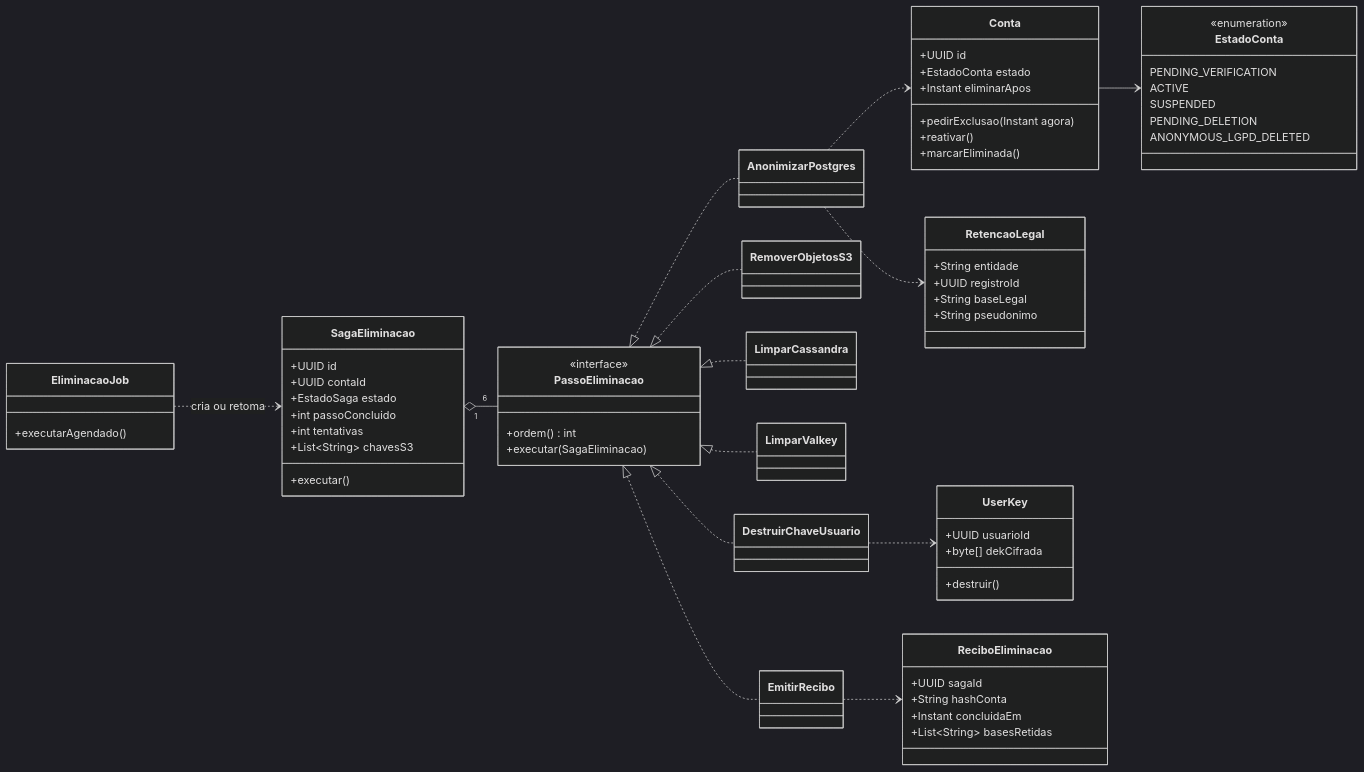
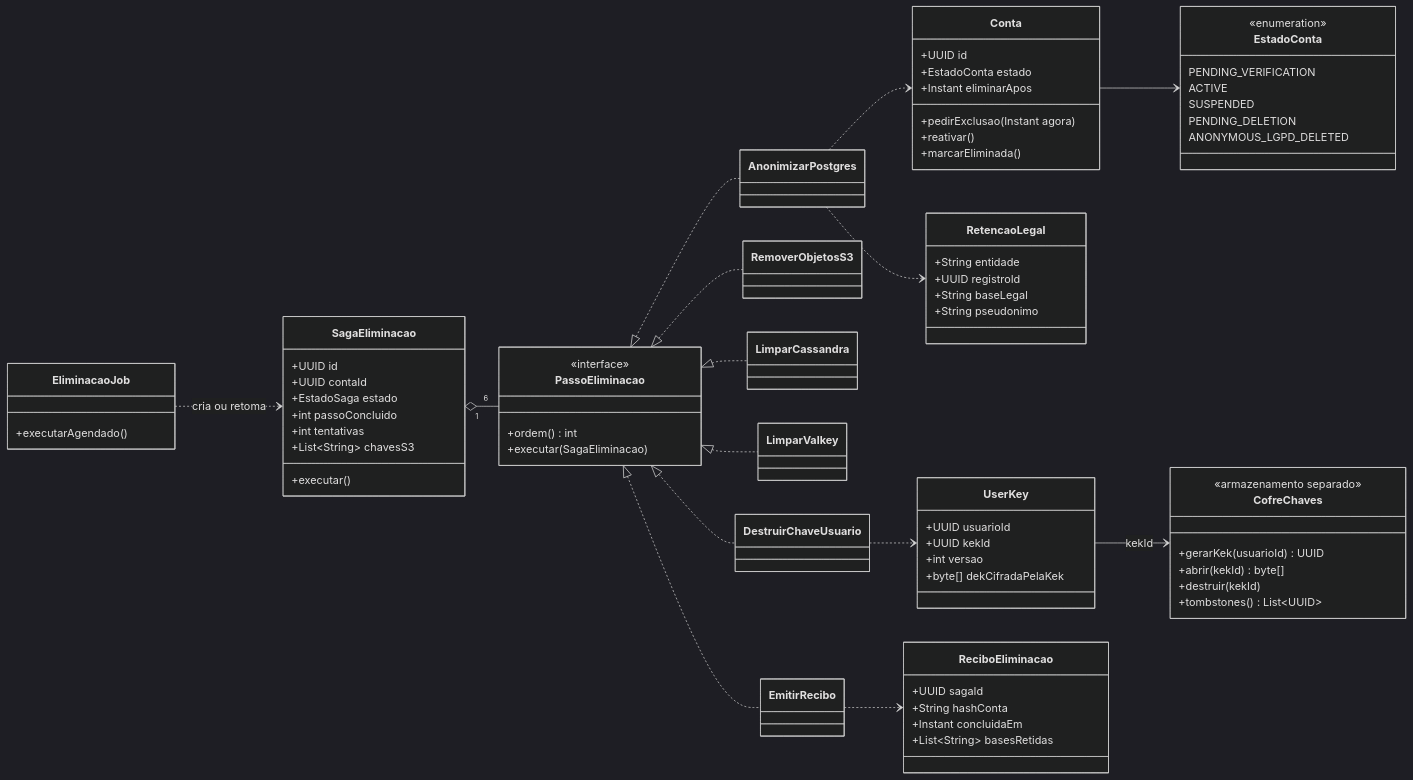
Before and after one commit to MatheusHaliski/CivilConstructorAI: the third of 6 diagrams in docs/rf/RF26-exclusao-conta-carencia.md, drawn with Mermaid (dark theme). The commit also changed other lines of this file and 5 other files, not shown here.

````diff
--- a/docs/rf/RF26-exclusao-conta-carencia.md
+++ b/docs/rf/RF26-exclusao-conta-carencia.md
@@ -185,73 +194,82 @@
 ```mermaid
 classDiagram
   direction LR
   class Conta {
     +UUID id
     +EstadoConta estado
     +Instant eliminarApos
     +pedirExclusao(Instant agora)
     +reativar()
     +marcarEliminada()
   }
   class EstadoConta {
     <<enumeration>>
     PENDING_VERIFICATION
     ACTIVE
     SUSPENDED
     PENDING_DELETION
     ANONYMOUS_LGPD_DELETED
   }
   class SagaEliminacao {
     +UUID id
     +UUID contaId
     +EstadoSaga estado
     +int passoConcluido
     +int tentativas
     +List~String~ chavesS3
     +executar()
   }
   class PassoEliminacao {
     <<interface>>
     +ordem() int
     +executar(SagaEliminacao)
   }
   class AnonimizarPostgres
   class RemoverObjetosS3
   class LimparCassandra
   class LimparValkey
   class DestruirChaveUsuario
   class EmitirRecibo
   class UserKey {
     +UUID usuarioId
-    +byte[] dekCifrada
-    +destruir()
+    +UUID kekId
+    +int versao
+    +byte[] dekCifradaPelaKek
   }
+  class CofreChaves {
+    <<armazenamento separado>>
+    +gerarKek(usuarioId) UUID
+    +abrir(kekId) byte[]
+    +destruir(kekId)
+    +tombstones() List~UUID~
+  }
+  UserKey --> CofreChaves : kekId
   class RetencaoLegal {
     +String entidade
     +UUID registroId
     +String baseLegal
     +String pseudonimo
   }
   class ReciboEliminacao {
     +UUID sagaId
     +String hashConta
     +Instant concluidaEm
     +List~String~ basesRetidas
   }
   class EliminacaoJob {
     +executarAgendado()
   }
   Conta --> EstadoConta
   EliminacaoJob ..> SagaEliminacao : cria ou retoma
   SagaEliminacao "1" o-- "6" PassoEliminacao
   PassoEliminacao <|.. AnonimizarPostgres
   PassoEliminacao <|.. RemoverObjetosS3
   PassoEliminacao <|.. LimparCassandra
   PassoEliminacao <|.. LimparValkey
   PassoEliminacao <|.. DestruirChaveUsuario
   PassoEliminacao <|.. EmitirRecibo
   AnonimizarPostgres ..> Conta
   AnonimizarPostgres ..> RetencaoLegal
   DestruirChaveUsuario ..> UserKey
   EmitirRecibo ..> ReciboEliminacao
 ```
````
